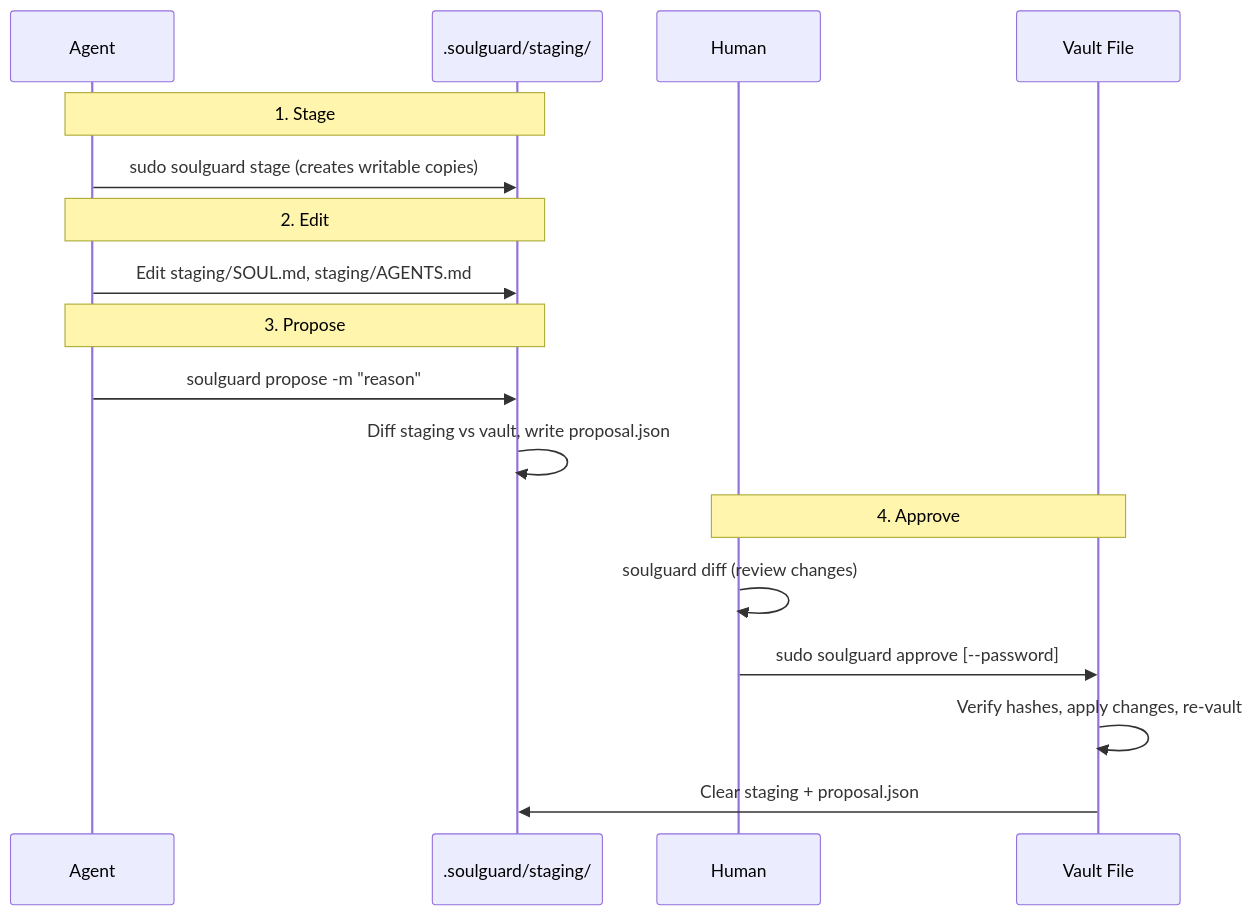
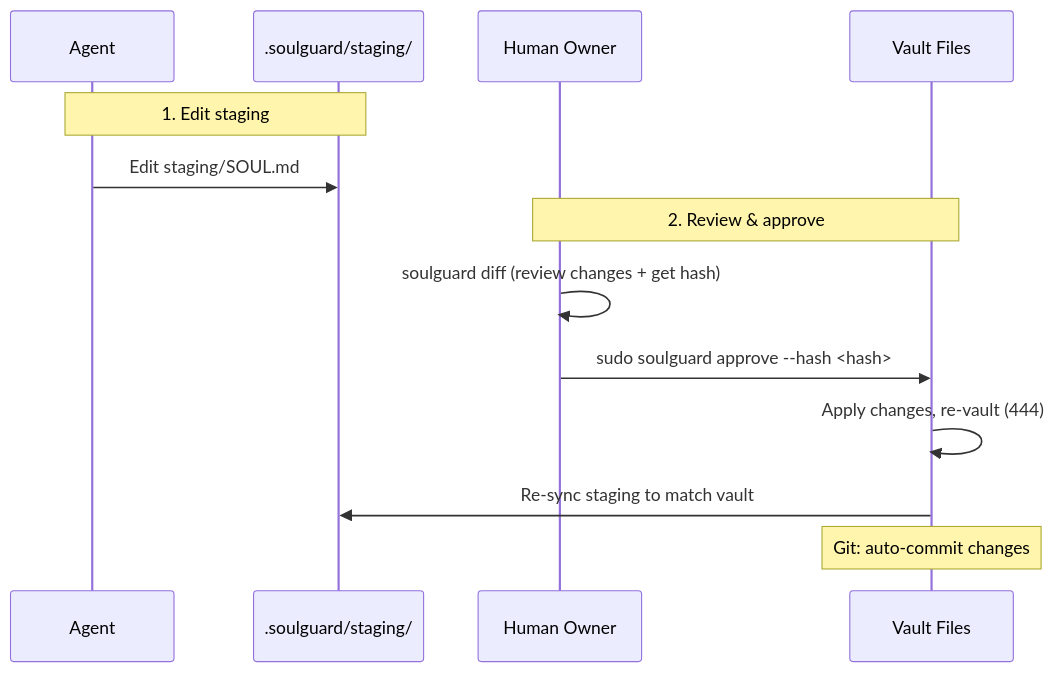
The second of 3 diagrams in DESIGN.md (Mirascope/soulguard), drawn with Mermaid before and after one commit. The commit also changed other lines of this file and 4 other files, not shown here.

````diff
--- a/DESIGN.md
+++ b/DESIGN.md
@@ -208,23 +142,17 @@
 ```mermaid
 sequenceDiagram
     participant A as Agent
     participant S as .soulguard/staging/
-    participant H as Human
-    participant V as Vault File
+    participant H as Human Owner
+    participant V as Vault Files
 
-    Note over A,S: 1. Stage
-    A->>S: sudo soulguard stage (creates writable copies)
+    Note over A,S: 1. Edit staging
+    A->>S: Edit staging/SOUL.md
 
-    Note over A,S: 2. Edit
-    A->>S: Edit staging/SOUL.md, staging/AGENTS.md
-
-    Note over A,S: 3. Propose
-    A->>S: soulguard propose -m "reason"
-    S->>S: Diff staging vs vault, write proposal.json
-
-    Note over H,V: 4. Approve
-    H->>H: soulguard diff (review changes)
-    H->>V: sudo soulguard approve [--password]
-    V->>V: Verify hashes, apply changes, re-vault
-    V->>S: Clear staging + proposal.json
+    Note over H,V: 2. Review & approve
+    H->>H: soulguard diff (review changes + get hash)
+    H->>V: sudo soulguard approve --hash <hash>
+    V->>V: Apply changes, re-vault (444)
+    V->>S: Re-sync staging to match vault
+    Note over V: Git: auto-commit changes
 ```
````
